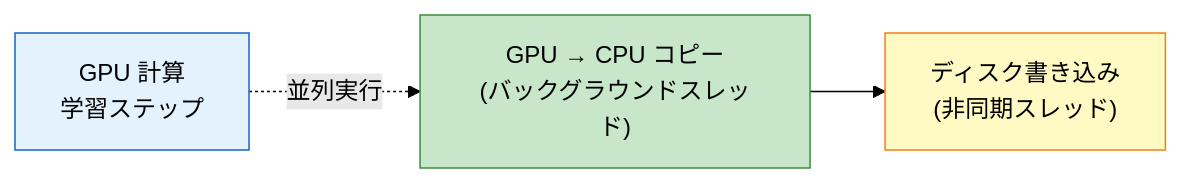
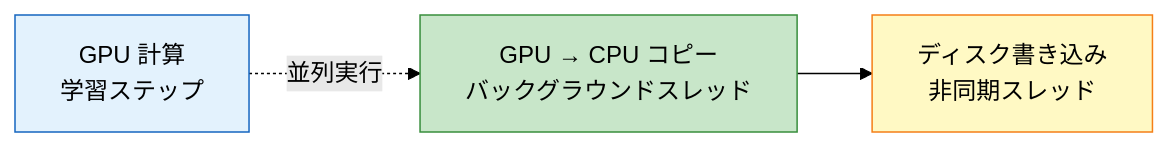
Before and after one commit to littlemex/zenn: the sixth of 7 diagrams in articles/98e6a7acbac32e.md, drawn with Mermaid (forest theme). The commit also changed other lines of this file, not shown here.

````diff
--- a/articles/98e6a7acbac32e.md
+++ b/articles/98e6a7acbac32e.md
@@ -342,13 +430,13 @@
 ```mermaid
 graph LR
     L3A["GPU 計算<br/>学習ステップ"]
-    L3B["GPU → CPU コピー<br/>(バックグラウンドスレッド)"]
-    L3C["ディスク書き込み<br/>(非同期スレッド)"]
+    L3B["GPU → CPU コピー<br/>バックグラウンドスレッド"]
+    L3C["ディスク書き込み<br/>非同期スレッド"]
 
     L3A -.->|"並列実行"| L3B
     L3B --> L3C
 
     style L3A fill: #e3f2fd,stroke: #1565c0
     style L3B fill: #c8e6c9,stroke: #388e3c
     style L3C fill: #fff9c4,stroke: #f57f17
 ```
````
